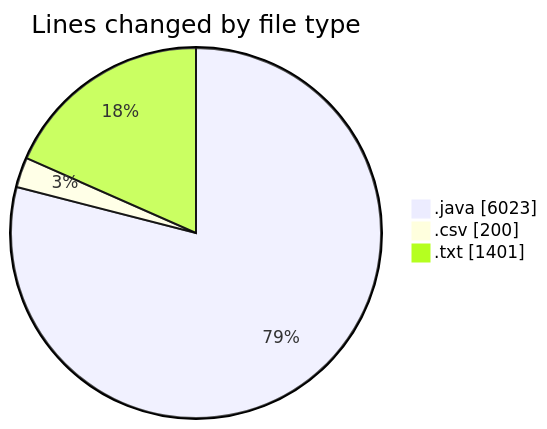
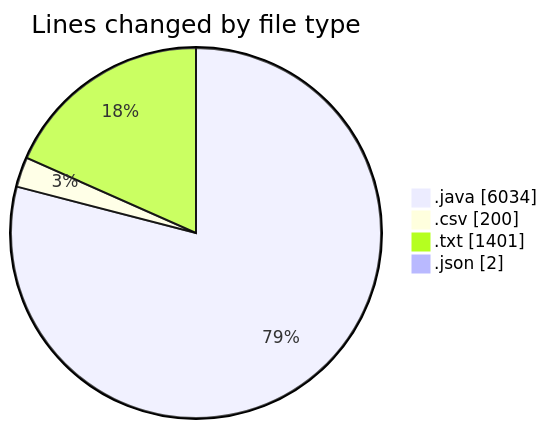
One commit to ricardozamudiocil/code-tracking changed the first of 2 diagrams in 2026-03-24/cilapp/README.md. Above: the diagram before and after it, drawn with Mermaid. The commit also changed other lines of this file and 1 other file, not shown here.

````diff
--- a/2026-03-24/cilapp/README.md
+++ b/2026-03-24/cilapp/README.md
@@ -30,7 +31,8 @@
 ```mermaid
 pie showData
 title Lines changed by file type
-".java" : 6023
+".java" : 6034
 ".csv" : 200
 ".txt" : 1401
+".json" : 2
 ```
````
